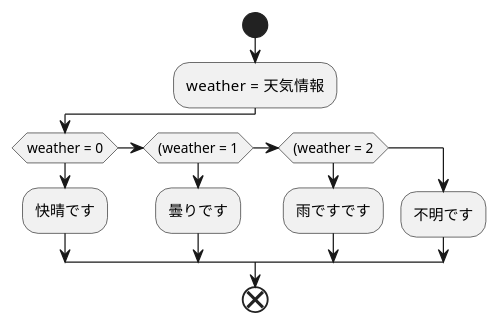
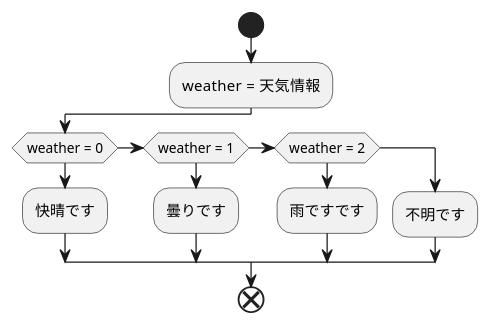
The diagram in kadai3.md (Aso2001392/2021sys-design), drawn with PlantUML before and after one commit.

````diff
--- a/kadai3.md
+++ b/kadai3.md
@@ -1,20 +1,20 @@
 ```uml
 
 @startuml
 start
 :weather  = 天気情報;
 
 if(weather = 0)
 :快晴です;
-else if((weather = 1)
+else if(weather = 1)
 :曇りです;
-else if((weather = 2)
+else if(weather = 2)
 :雨ですです;
 else
 :不明です;
 endif
 
 end
 @enduml
 
 ```
````
